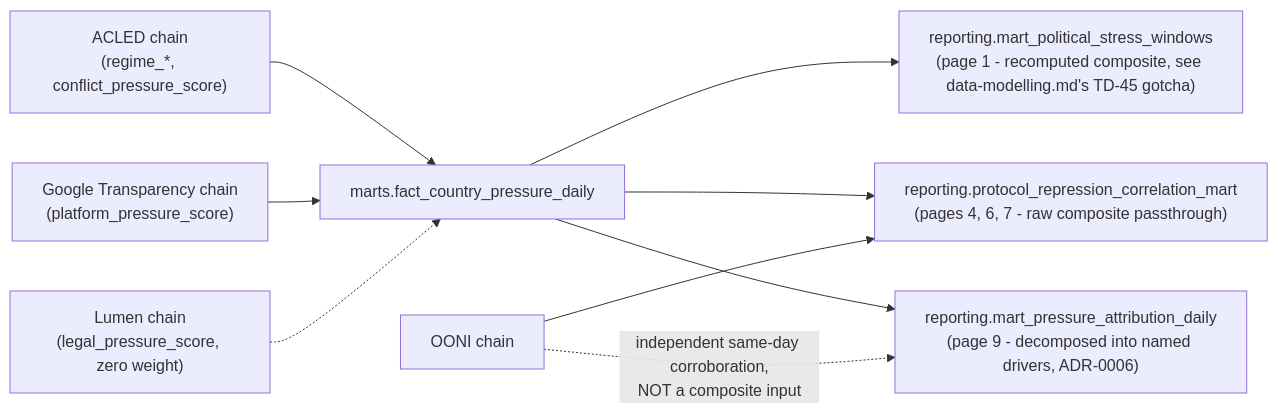
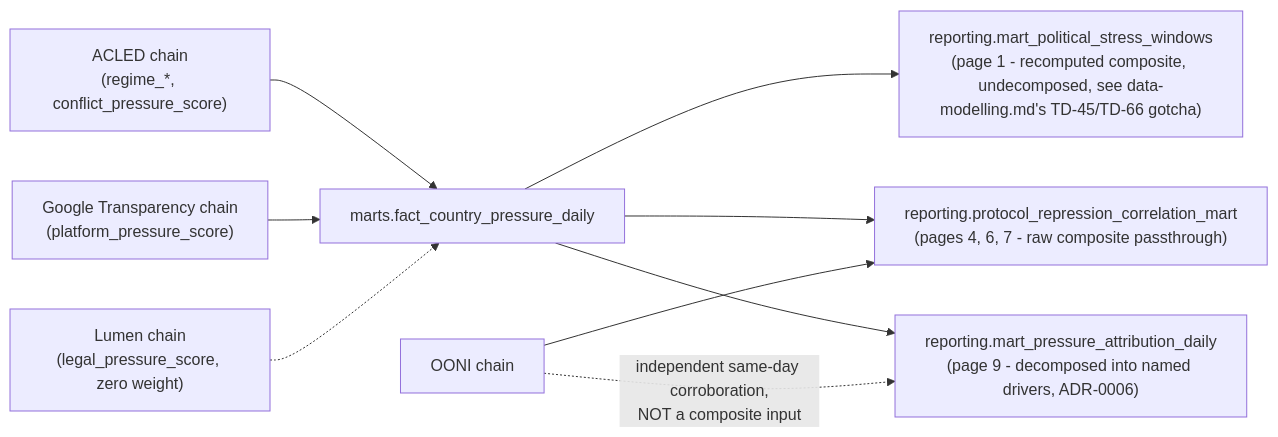
One commit to Sanjomwa/Civil-Liberties-Intelligence-Observatory changed the fifth of 5 diagrams in docs/02-architecture/erd-lineage.md. Above: the diagram before and after it, drawn with Mermaid. The commit also changed 3 other files, not shown here.

````diff
--- a/docs/02-architecture/erd-lineage.md
+++ b/docs/02-architecture/erd-lineage.md
@@ -91,13 +91,13 @@
 ```mermaid
 flowchart LR
     ACLED["ACLED chain\n(regime_*, conflict_pressure_score)"] --> fact_country["marts.fact_country_pressure_daily"]
     Google["Google Transparency chain\n(platform_pressure_score)"] --> fact_country
     Lumen["Lumen chain\n(legal_pressure_score, zero weight)"] -.-> fact_country
 
-    fact_country --> stress_windows["reporting.mart_political_stress_windows\n(page 1 - recomputed composite, see data-modelling.md's TD-45 gotcha)"]
+    fact_country --> stress_windows["reporting.mart_political_stress_windows\n(page 1 - recomputed composite, undecomposed, see data-modelling.md's TD-45/TD-66 gotcha)"]
     fact_country --> corr_mart["reporting.protocol_repression_correlation_mart\n(pages 4, 6, 7 - raw composite passthrough)"]
     fact_country --> attr_daily["reporting.mart_pressure_attribution_daily\n(page 9 - decomposed into named drivers, ADR-0006)"]
 
     OONI["OONI chain"] --> corr_mart
     OONI -.->|"independent same-day corroboration,\nNOT a composite input"| attr_daily
 ```
````
